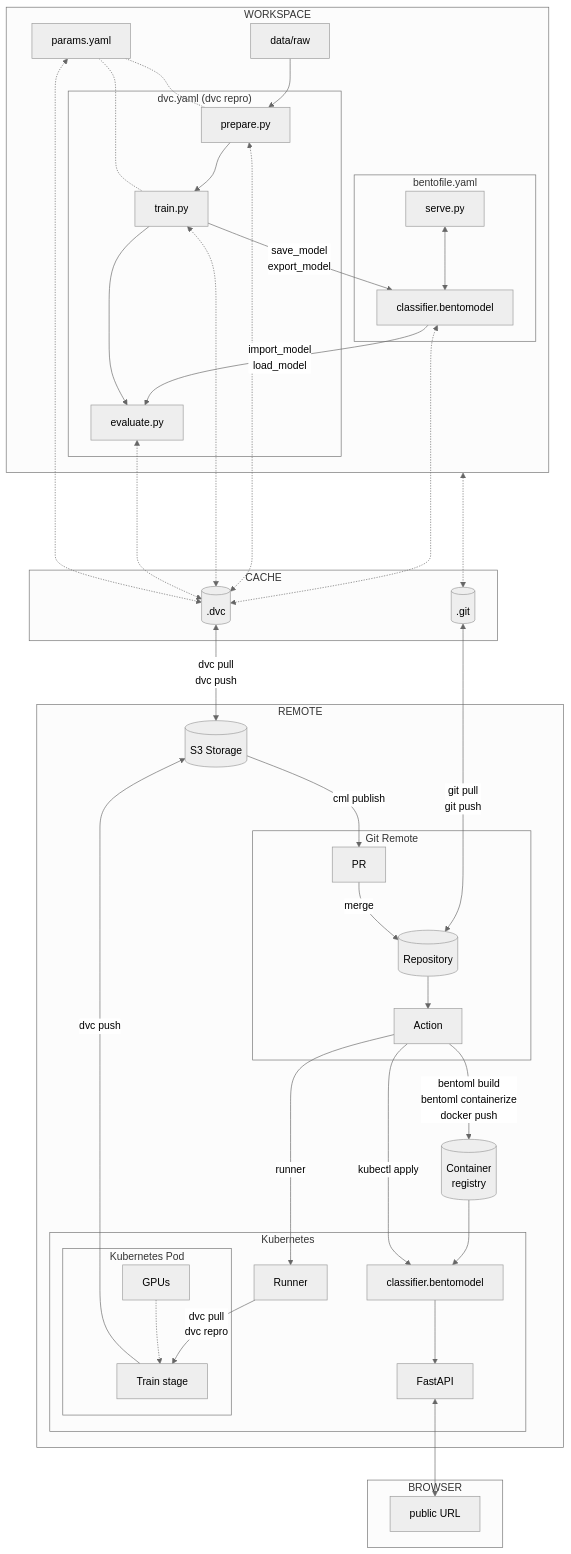
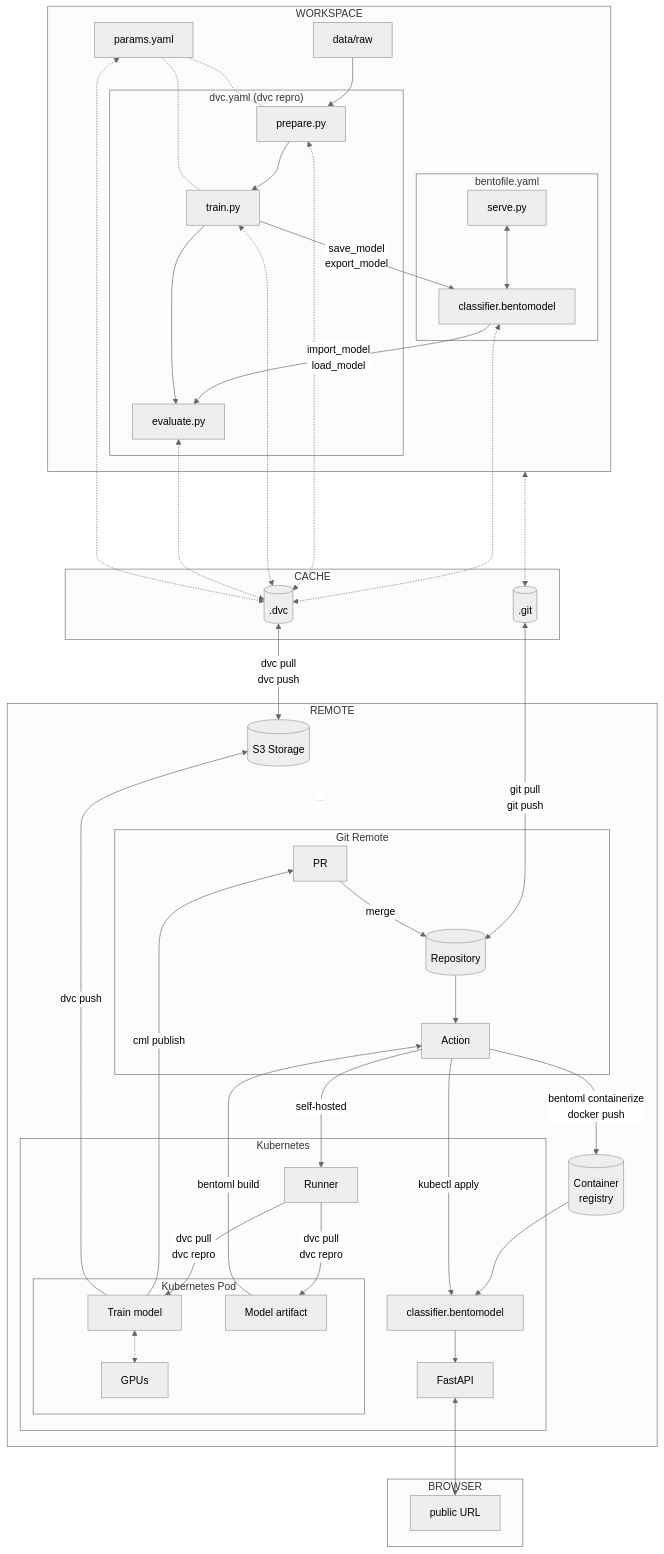
Before and after one commit to swiss-ai-center/a-guide-to-mlops: the diagram in docs/part-3-serve-and-deploy-the-model/conclusion.md, drawn with Mermaid (neutral theme). The commit also changed 1 other file, not shown here.

Commit message:
Udpate mermaid graphs

````diff
--- a/docs/part-3-serve-and-deploy-the-model/conclusion.md
+++ b/docs/part-3-serve-and-deploy-the-model/conclusion.md
@@ -18,67 +17,72 @@
 ```mermaid
 graph TB
     dot_dvc[(.dvc)] <-->|dvc pull
                          dvc push| s3_storage[(S3 Storage)]
     dot_git[(.git)] <-->|git pull
                          git push| repository[(Repository)]
     workspaceGraph <-....-> dot_git
     data[data/raw]
 
     subgraph cacheGraph[CACHE]
         dot_dvc
         dot_git
     end
 
     subgraph workspaceGraph[WORKSPACE]
         bento_model[classifier.bentomodel] <-.-> dot_dvc
         prepare[prepare.py] <-.-> dot_dvc
         train[train.py] <-.-> dot_dvc
         evaluate[evaluate.py] <-.-> dot_dvc
         data --> prepare
         bento_model --> |import_model
                          load_model|evaluate
         train --> |save_model
                    export_model|bento_model
         subgraph dvcGraph["dvc.yaml (dvc repro)"]
             prepare --> train
             train --> evaluate
         end
         params[params.yaml] -.- prepare
         params -.- train
         params <-.-> dot_dvc
         subgraph bentoGraph[bentofile.yaml]
             bento_model
             serve[serve.py] <--> bento_model
         end
     end
 
     subgraph remoteGraph[REMOTE]
         s3_storage
         subgraph gitGraph[Git Remote]
             repository[(Repository)] --> action[Action]
             request[PR] --> |merge|repository
         end
-        action --> |bentoml build
-                    bentoml containerize
+        action --> |bentoml containerize
                     docker push|registry
-        s3_storage --> |cml publish|request
+        s3_storage -.- |...|request
         subgraph clusterGraph[Kubernetes]
+            subgraph clusterPodGraph[Kubernetes Pod]
+                pod_train[Train model] <-.-> k8s_gpu[GPUs]
+                bento_artifact[Model artifact]
+            end
+            pod_runner --> |dvc pull
+                            dvc repro|bento_artifact
             pod_runner[Runner] -->|dvc pull
                                    dvc repro| pod_train
-            subgraph clusterPodGraph[Kubernetes Pod]
-                pod_train[Train stage]
-                k8s_gpu[GPUs] -.-> pod_train
-            end
             bento_service_cluster[classifier.bentomodel] --> k8s_fastapi[FastAPI]
         end
-        action --> |runner|pod_runner
+        bento_artifact -->|bentoml build|action
+        action --> |self-hosted|pod_runner
+        pod_train -->|cml publish| request
         pod_train -->|dvc push| s3_storage
+
         registry[(Container
                   registry)] --> bento_service_cluster
         action --> |kubectl apply|bento_service_cluster
     end
 
     subgraph browserGraph[BROWSER]
         k8s_fastapi <--> publicURL["public URL"]
     end
+    linkStyle 19 opacity:0.0,color:#7f7f7f80
 ```
````
